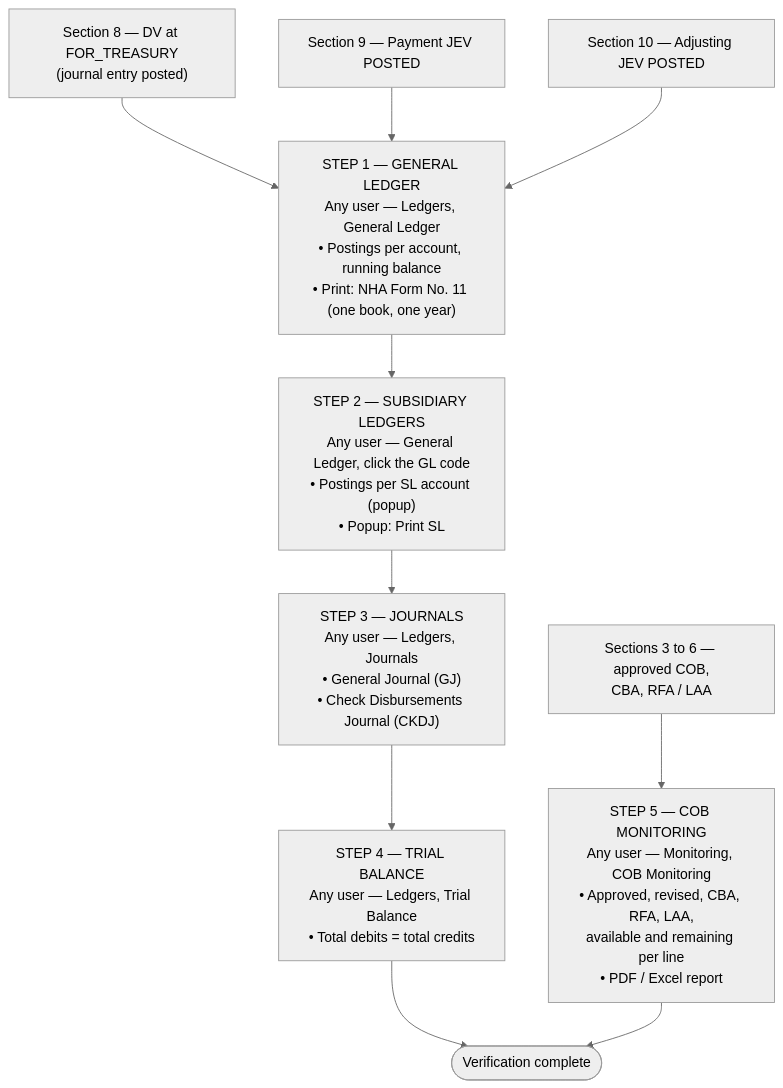
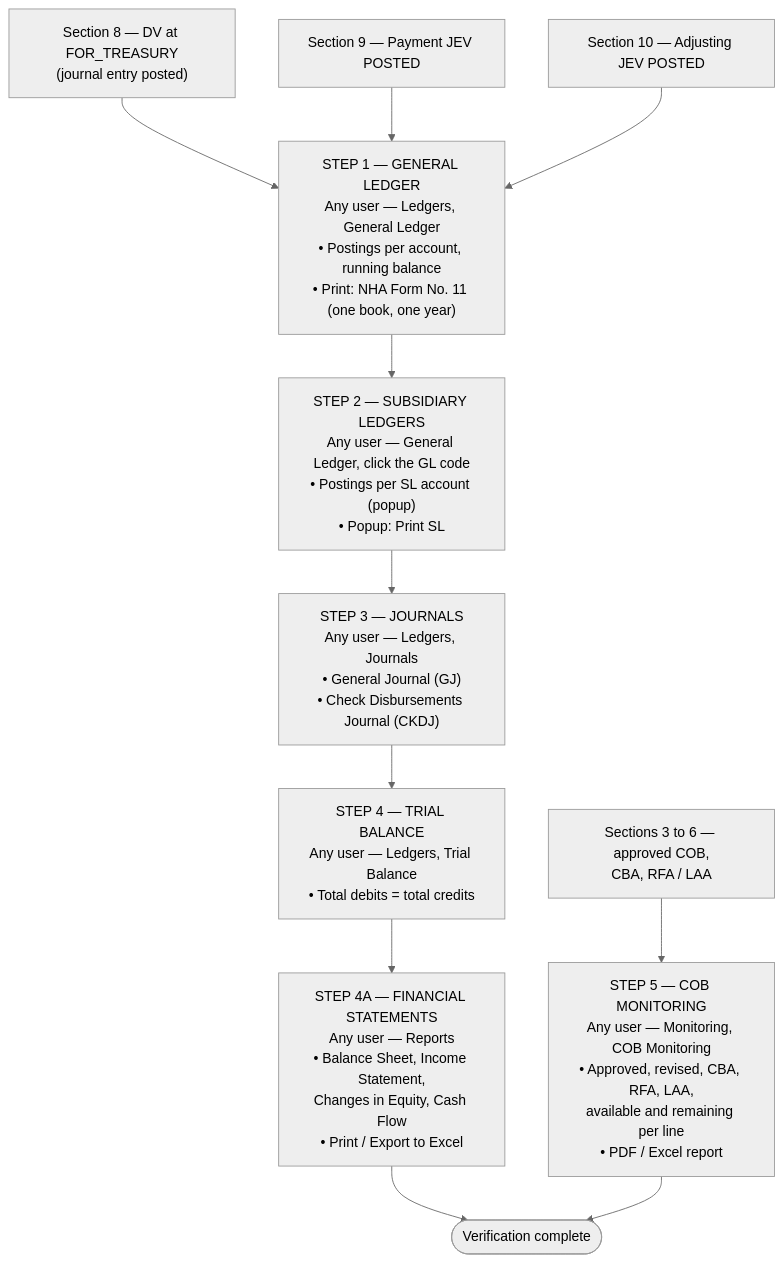
Before and after one commit to A-team-ITBS/fims-nha: diagram 14 of 14 in system_docs/process-flow/PROCESS-FLOW.md, drawn with Mermaid (neutral theme). The commit also changed other lines of this file and 21 other files, not shown here.

````diff
--- a/system_docs/process-flow/PROCESS-FLOW.md
+++ b/system_docs/process-flow/PROCESS-FLOW.md
@@ -521,12 +530,13 @@
 ```mermaid
 flowchart TD
     DV["Section 8 — DV at FOR_TREASURY<br/>(journal entry posted)"] --> GL["STEP 1 — GENERAL LEDGER<br/>Any user — Ledgers, General Ledger<br/>• Postings per account, running balance<br/>• Print: NHA Form No. 11 (one book, one year)"]
     PAY["Section 9 — Payment JEV POSTED"] --> GL
     ADJ["Section 10 — Adjusting JEV POSTED"] --> GL
     GL --> SL["STEP 2 — SUBSIDIARY LEDGERS<br/>Any user — General Ledger, click the GL code<br/>• Postings per SL account (popup)<br/>• Popup: Print SL"]
     SL --> JR["STEP 3 — JOURNALS<br/>Any user — Ledgers, Journals<br/>• General Journal (GJ)<br/>• Check Disbursements Journal (CKDJ)"]
     JR --> TB["STEP 4 — TRIAL BALANCE<br/>Any user — Ledgers, Trial Balance<br/>• Total debits = total credits"]
     COB["Sections 3 to 6 — approved COB,<br/>CBA, RFA / LAA"] --> MON["STEP 5 — COB MONITORING<br/>Any user — Monitoring, COB Monitoring<br/>• Approved, revised, CBA, RFA, LAA,<br/>available and remaining per line<br/>• PDF / Excel report"]
-    TB --> END(["Verification complete"])
+    TB --> FS["STEP 4A — FINANCIAL STATEMENTS<br/>Any user — Reports<br/>• Balance Sheet, Income Statement,<br/>Changes in Equity, Cash Flow<br/>• Print / Export to Excel"]
+    FS --> END(["Verification complete"])
     MON --> END
 ```
````
